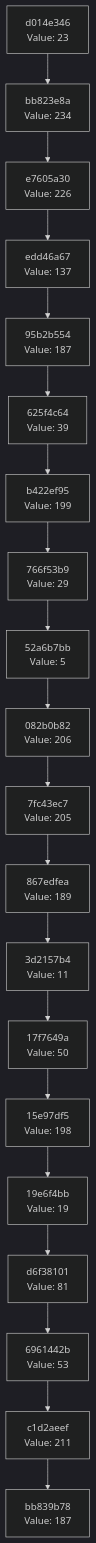
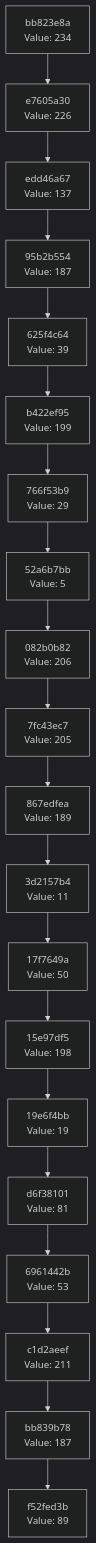
One commit to Abhisheksinha1506/hash-chain-evolver changed the diagram in docs/CHAIN_VISUALIZATION.md. Above: the diagram before and after it, drawn with Mermaid (dark theme). The commit also changed 2 other files, not shown here.

Commit message:
Evolution Step

````diff
--- a/docs/CHAIN_VISUALIZATION.md
+++ b/docs/CHAIN_VISUALIZATION.md
@@ -3,42 +3,42 @@
 ```mermaid
 graph TD
-    C0["bb839b78<br/>Value: 187"]
-    C1["c1d2aeef<br/>Value: 211"]
+    C0["f52fed3b<br/>Value: 89"]
+    C1["bb839b78<br/>Value: 187"]
     C1 --> C0
-    C2["6961442b<br/>Value: 53"]
+    C2["c1d2aeef<br/>Value: 211"]
     C2 --> C1
-    C3["d6f38101<br/>Value: 81"]
+    C3["6961442b<br/>Value: 53"]
     C3 --> C2
-    C4["19e6f4bb<br/>Value: 19"]
+    C4["d6f38101<br/>Value: 81"]
     C4 --> C3
-    C5["15e97df5<br/>Value: 198"]
+    C5["19e6f4bb<br/>Value: 19"]
     C5 --> C4
-    C6["17f7649a<br/>Value: 50"]
+    C6["15e97df5<br/>Value: 198"]
     C6 --> C5
-    C7["3d2157b4<br/>Value: 11"]
+    C7["17f7649a<br/>Value: 50"]
     C7 --> C6
-    C8["867edfea<br/>Value: 189"]
+    C8["3d2157b4<br/>Value: 11"]
     C8 --> C7
-    C9["7fc43ec7<br/>Value: 205"]
+    C9["867edfea<br/>Value: 189"]
     C9 --> C8
-    C10["082b0b82<br/>Value: 206"]
+    C10["7fc43ec7<br/>Value: 205"]
     C10 --> C9
-    C11["52a6b7bb<br/>Value: 5"]
+    C11["082b0b82<br/>Value: 206"]
     C11 --> C10
-    C12["766f53b9<br/>Value: 29"]
+    C12["52a6b7bb<br/>Value: 5"]
     C12 --> C11
-    C13["b422ef95<br/>Value: 199"]
+    C13["766f53b9<br/>Value: 29"]
     C13 --> C12
-    C14["625f4c64<br/>Value: 39"]
+    C14["b422ef95<br/>Value: 199"]
     C14 --> C13
-    C15["95b2b554<br/>Value: 187"]
+    C15["625f4c64<br/>Value: 39"]
     C15 --> C14
-    C16["edd46a67<br/>Value: 137"]
+    C16["95b2b554<br/>Value: 187"]
     C16 --> C15
-    C17["e7605a30<br/>Value: 226"]
+    C17["edd46a67<br/>Value: 137"]
     C17 --> C16
-    C18["bb823e8a<br/>Value: 234"]
+    C18["e7605a30<br/>Value: 226"]
     C18 --> C17
-    C19["d014e346<br/>Value: 23"]
+    C19["bb823e8a<br/>Value: 234"]
     C19 --> C18
 ```
````
